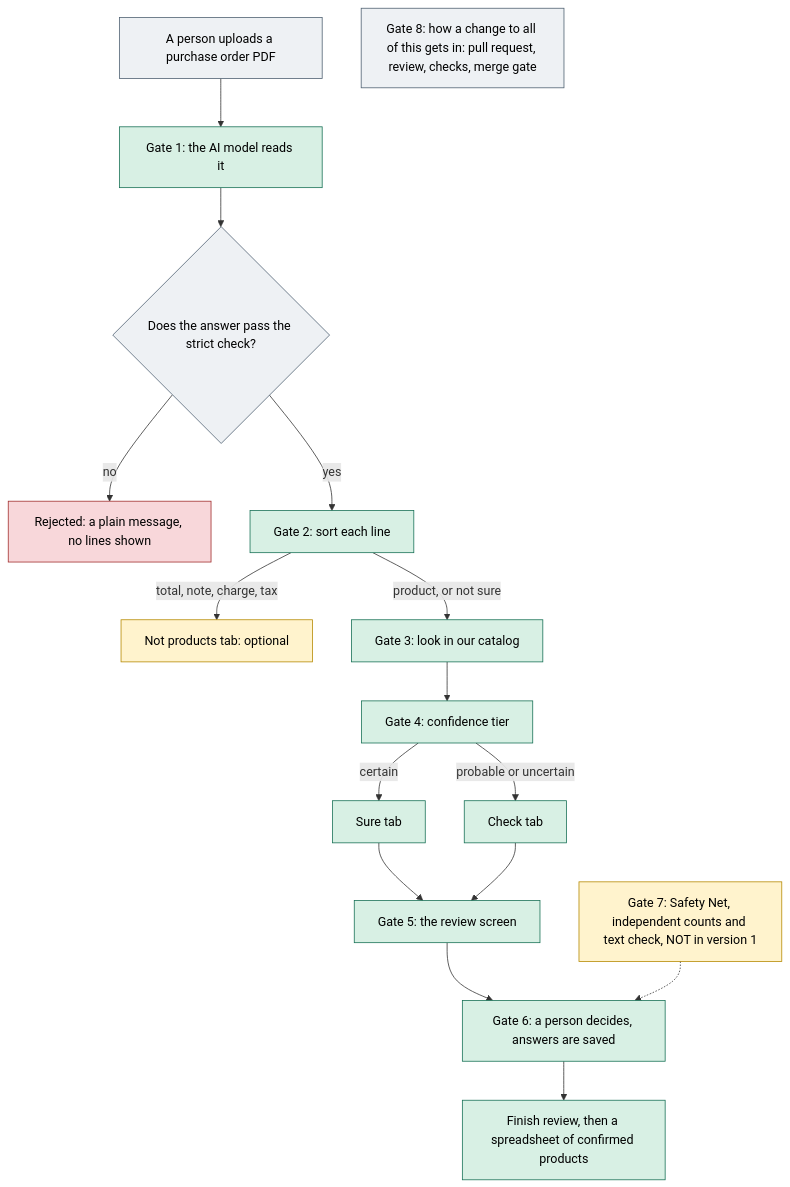
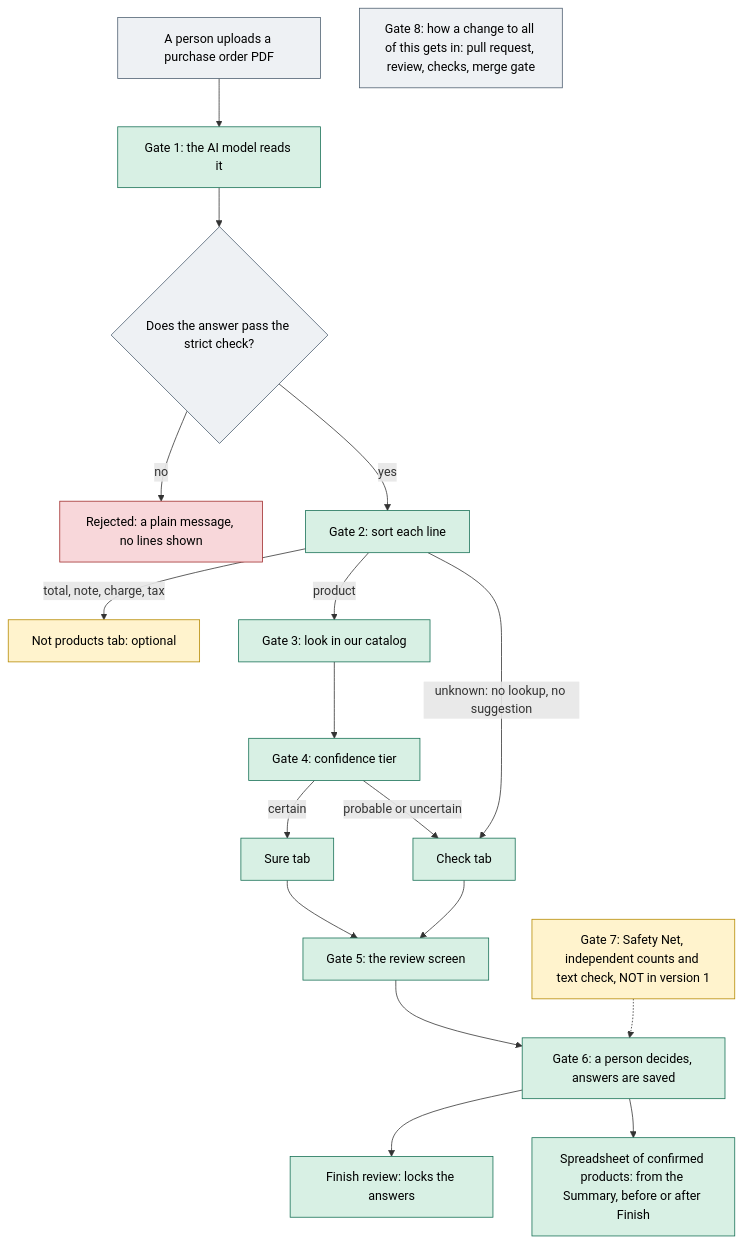
The diagram in docs/how-it-works/README.md (CarlitosRed/advance-po-reader), drawn with Mermaid before and after one commit. The commit also changed other lines of this file and 8 other files, not shown here.

````diff
--- a/docs/how-it-works/README.md
+++ b/docs/how-it-works/README.md
@@ -10,26 +10,28 @@
 ```mermaid
 flowchart TD
   U["A person uploads a purchase order PDF"] --> G1["Gate 1: the AI model reads it"]
   G1 --> V{"Does the answer pass the strict check?"}
   V -->|"no"| X["Rejected: a plain message, no lines shown"]
   V -->|"yes"| G2["Gate 2: sort each line"]
   G2 -->|"total, note, charge, tax"| NP["Not products tab: optional"]
-  G2 -->|"product, or not sure"| G3["Gate 3: look in our catalog"]
+  G2 -->|"product"| G3["Gate 3: look in our catalog"]
+  G2 -->|"unknown: no lookup, no suggestion"| CHECK
   G3 --> G4["Gate 4: confidence tier"]
   G4 -->|"certain"| SURE["Sure tab"]
   G4 -->|"probable or uncertain"| CHECK["Check tab"]
   SURE --> G5["Gate 5: the review screen"]
   CHECK --> G5
   G5 --> G6["Gate 6: a person decides, answers are saved"]
-  G6 --> OUT["Finish review, then a spreadsheet of confirmed products"]
+  G6 --> FIN["Finish review: locks the answers"]
+  G6 --> OUT["Spreadsheet of confirmed products: from the Summary, before or after Finish"]
   SN["Gate 7: Safety Net, independent counts and text check, NOT in version 1"] -.-> G6
   CH["Gate 8: how a change to all of this gets in: pull request, review, checks, merge gate"]
   classDef done fill:#d8f0e4,stroke:#167055,color:#000
   classDef later fill:#fff3cd,stroke:#b58900,color:#000
   classDef risk fill:#f8d7da,stroke:#a02c2c,color:#000
   classDef plain fill:#eef1f4,stroke:#4d5f70,color:#000
-  class G1,G2,G3,G4,G5,G6,SURE,CHECK,OUT done
+  class G1,G2,G3,G4,G5,G6,SURE,CHECK,FIN,OUT done
   class SN,NP later
   class X risk
   class U,V,CH plain
 ```
````
